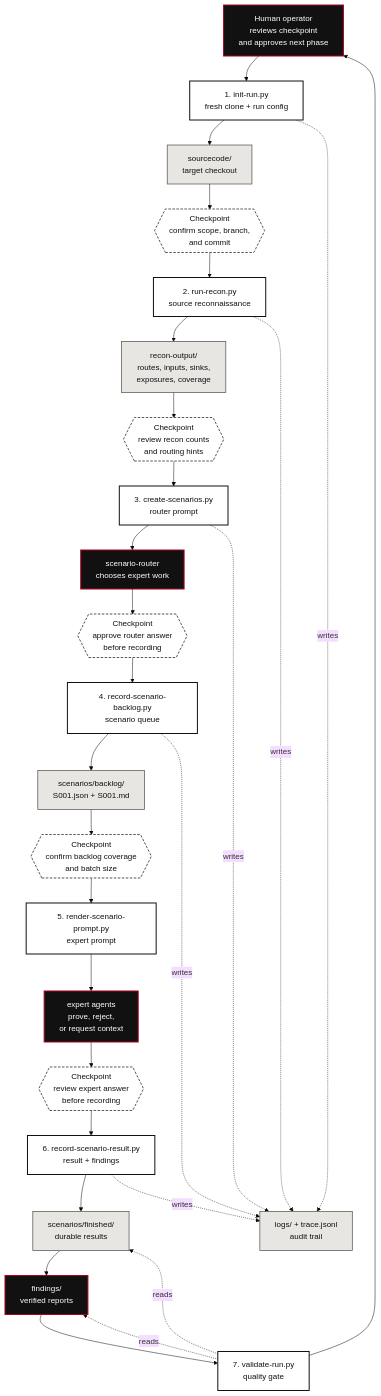
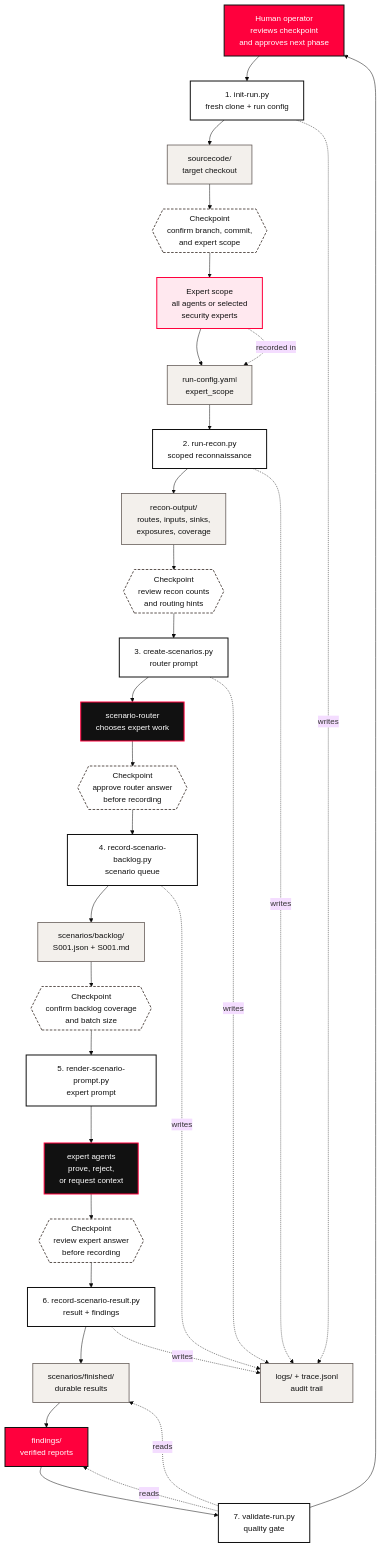
One commit to hadriansecurity/OpenHack changed the diagram in README.md. Above: the diagram before and after it, drawn with Mermaid (base theme). The commit also changed other lines of this file and 11 other files, not shown here.

Commit message:
Require expert scope before recon

````diff
--- a/README.md
+++ b/README.md
@@ -100,53 +105,58 @@
 ```mermaid
 flowchart TB
-  classDef human fill:#111111,stroke:#B00020,color:#FFFFFF,stroke-width:2px;
+  classDef human fill:#FF003D,stroke:#111111,color:#FFFFFF,stroke-width:2px;
   classDef command fill:#FFFFFF,stroke:#111111,color:#111111,stroke-width:2px;
-  classDef artifact fill:#E8E6E3,stroke:#5F5652,color:#111111,stroke-width:1.5px;
-  classDef agent fill:#111111,stroke:#B00020,color:#FFFFFF,stroke-width:2px;
-  classDef finding fill:#111111,stroke:#B00020,color:#FFFFFF,stroke-width:2px;
+  classDef artifact fill:#F3F0EC,stroke:#5F5652,color:#111111,stroke-width:1.5px;
+  classDef scope fill:#FFE8EF,stroke:#FF003D,color:#111111,stroke-width:2px;
+  classDef agent fill:#111111,stroke:#FF003D,color:#FFFFFF,stroke-width:2px;
+  classDef finding fill:#FF003D,stroke:#111111,color:#FFFFFF,stroke-width:2px;
   classDef checkpoint fill:#FFFFFF,stroke:#5F5652,color:#111111,stroke-width:2px,stroke-dasharray: 5 3;
 
   human["Human operator<br/>reviews checkpoint<br/>and approves next phase"]:::human
   logs["logs/ + trace.jsonl<br/>audit trail"]:::artifact
 
   init["1. init-run.py<br/>fresh clone + run config"]:::command
   source["sourcecode/<br/>target checkout"]:::artifact
-  cp1{{Checkpoint<br/>confirm scope, branch,<br/>and commit}}:::checkpoint
+  cp1{{Checkpoint<br/>confirm branch, commit,<br/>and expert scope}}:::checkpoint
 
-  recon["2. run-recon.py<br/>source reconnaissance"]:::command
+  expertChoice["Expert scope<br/>all agents or selected<br/>security experts"]:::scope
+  runConfig["run-config.yaml<br/>expert_scope"]:::artifact
+
+  recon["2. run-recon.py<br/>scoped reconnaissance"]:::command
   reconFiles["recon-output/<br/>routes, inputs, sinks,<br/>exposures, coverage"]:::artifact
   cp2{{Checkpoint<br/>review recon counts<br/>and routing hints}}:::checkpoint
 
   routePrompt["3. create-scenarios.py<br/>router prompt"]:::command
   routerAgent["scenario-router<br/>chooses expert work"]:::agent
   cp3{{Checkpoint<br/>approve router answer<br/>before recording}}:::checkpoint
 
   recordBacklog["4. record-scenario-backlog.py<br/>scenario queue"]:::command
   backlog["scenarios/backlog/<br/>S001.json + S001.md"]:::artifact
   cp4{{Checkpoint<br/>confirm backlog coverage<br/>and batch size}}:::checkpoint
 
   render["5. render-scenario-prompt.py<br/>expert prompt"]:::command
   experts["expert agents<br/>prove, reject,<br/>or request context"]:::agent
   cp5{{Checkpoint<br/>review expert answer<br/>before recording}}:::checkpoint
 
   result["6. record-scenario-result.py<br/>result + findings"]:::command
   finished["scenarios/finished/<br/>durable results"]:::artifact
   findings["findings/<br/>verified reports"]:::finding
   validate["7. validate-run.py<br/>quality gate"]:::command
 
   human --> init --> source --> cp1
-  cp1 --> recon --> reconFiles --> cp2
+  cp1 --> expertChoice --> runConfig --> recon --> reconFiles --> cp2
   cp2 --> routePrompt --> routerAgent --> cp3
   cp3 --> recordBacklog --> backlog --> cp4
   cp4 --> render --> experts --> cp5
   cp5 --> result --> finished --> findings --> validate
   validate --> human
 
   init -. writes .-> logs
+  expertChoice -. recorded in .-> runConfig
   recon -. writes .-> logs
   routePrompt -. writes .-> logs
   recordBacklog -. writes .-> logs
   result -. writes .-> logs
   validate -. reads .-> finished
   validate -. reads .-> findings
 ```
````
